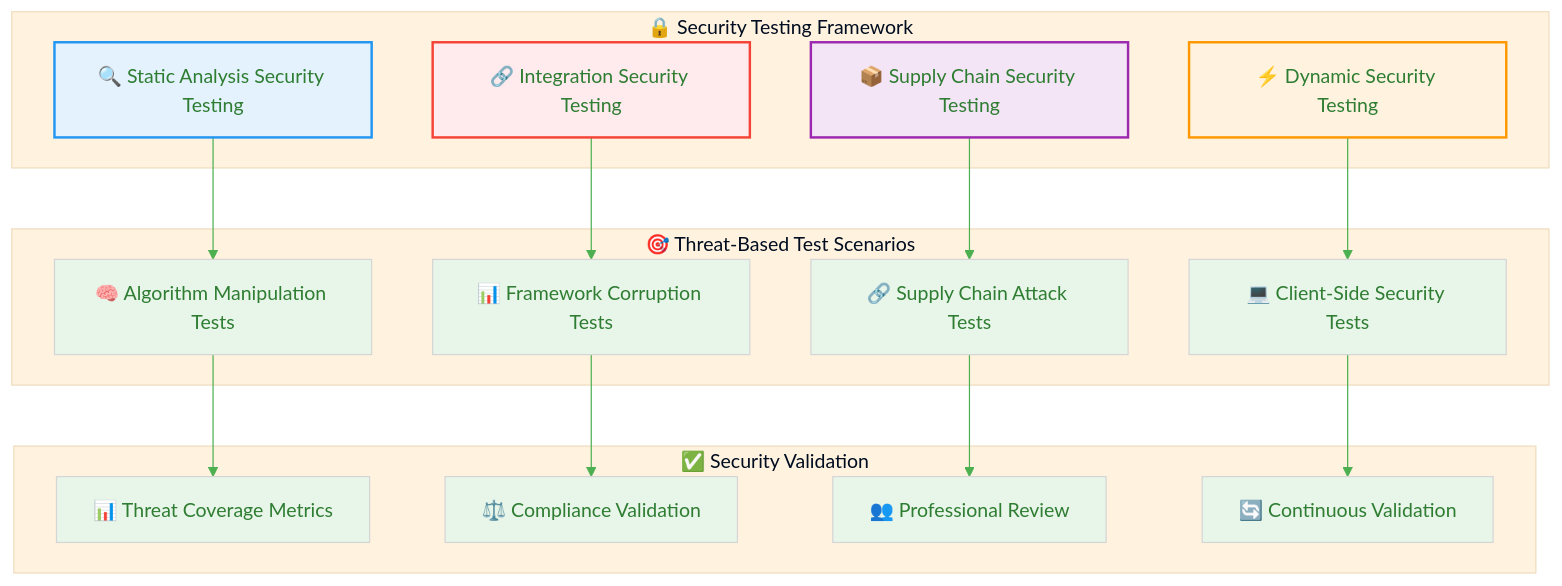
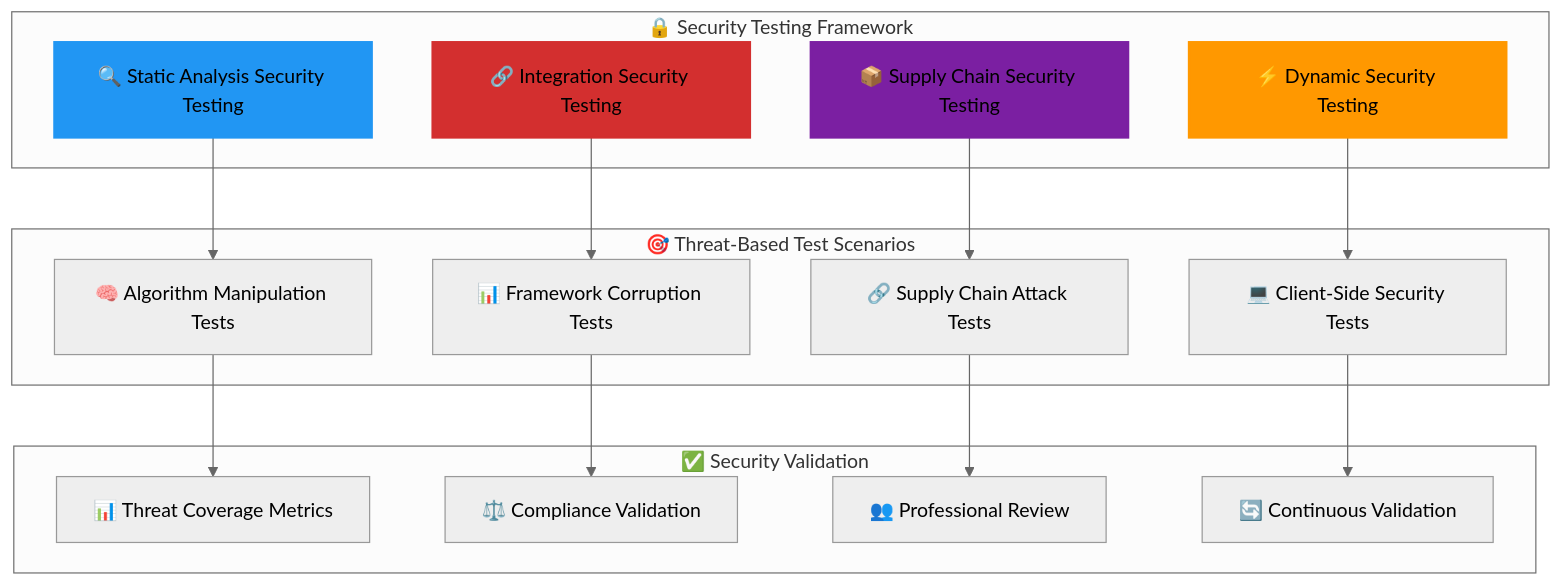
Before and after one commit to step-security-bot/cia-compliance-manager: diagram 14 of 15 in docs/architecture/THREAT_MODEL.md, drawn with Mermaid. The commit also changed other lines of this file and 27 other files, not shown here.

First line of the commit message:
fix: resolve broken mermaid diagrams and improve color coding to match ISMS style guide (#1106)

````diff
--- a/docs/architecture/THREAT_MODEL.md
+++ b/docs/architecture/THREAT_MODEL.md
@@ -1294,50 +1207,39 @@
 ```mermaid
-%%{
-  init: {
-    'theme': 'base',
-    'themeVariables': {
-      'primaryColor': '#e8f5e9',
-      'primaryTextColor': '#2e7d32',
-      'lineColor': '#4caf50',
-      'secondaryColor': '#e3f2fd',
-      'tertiaryColor': '#fff3e0'
-    }
-  }
-}%%
+%%{init: {"theme": "neutral"}}%%
 flowchart TB
     subgraph SECURITY_TESTING["🔒 Security Testing Framework"]
         STATIC[🔍 Static Analysis Security Testing]
         DYNAMIC[⚡ Dynamic Security Testing]
         SUPPLY[📦 Supply Chain Security Testing]
         INTEGRATION[🔗 Integration Security Testing]
     end
     
     subgraph TEST_SCENARIOS["🎯 Threat-Based Test Scenarios"]
         ALGO_TEST[🧠 Algorithm Manipulation Tests]
         FRAMEWORK_TEST[📊 Framework Corruption Tests]
         SUPPLY_TEST[🔗 Supply Chain Attack Tests]
         CLIENT_TEST[💻 Client-Side Security Tests]
     end
     
     subgraph VALIDATION["✅ Security Validation"]
         COVERAGE[📊 Threat Coverage Metrics]
         COMPLIANCE[⚖️ Compliance Validation]
         PROFESSIONAL[👥 Professional Review]
         CONTINUOUS[🔄 Continuous Validation]
     end
     
     STATIC --> ALGO_TEST
     DYNAMIC --> CLIENT_TEST
     SUPPLY --> SUPPLY_TEST
     INTEGRATION --> FRAMEWORK_TEST
     
     ALGO_TEST --> COVERAGE
     FRAMEWORK_TEST --> COMPLIANCE
     SUPPLY_TEST --> PROFESSIONAL
     CLIENT_TEST --> CONTINUOUS
     
-    style STATIC fill:#e3f2fd,stroke:#2196f3,stroke-width:2px
-    style DYNAMIC fill:#fff3e0,stroke:#ff9800,stroke-width:2px
-    style SUPPLY fill:#f3e5f5,stroke:#9c27b0,stroke-width:2px
-    style INTEGRATION fill:#ffebee,stroke:#f44336,stroke-width:2px
+    style STATIC fill:#2196F3,stroke:#2196f3,stroke-width:2px
+    style DYNAMIC fill:#FF9800,stroke:#ff9800,stroke-width:2px
+    style SUPPLY fill:#7B1FA2,stroke:#7B1FA2,stroke-width:2px
+    style INTEGRATION fill:#D32F2F,stroke:#D32F2F,stroke-width:2px
 ```
````
